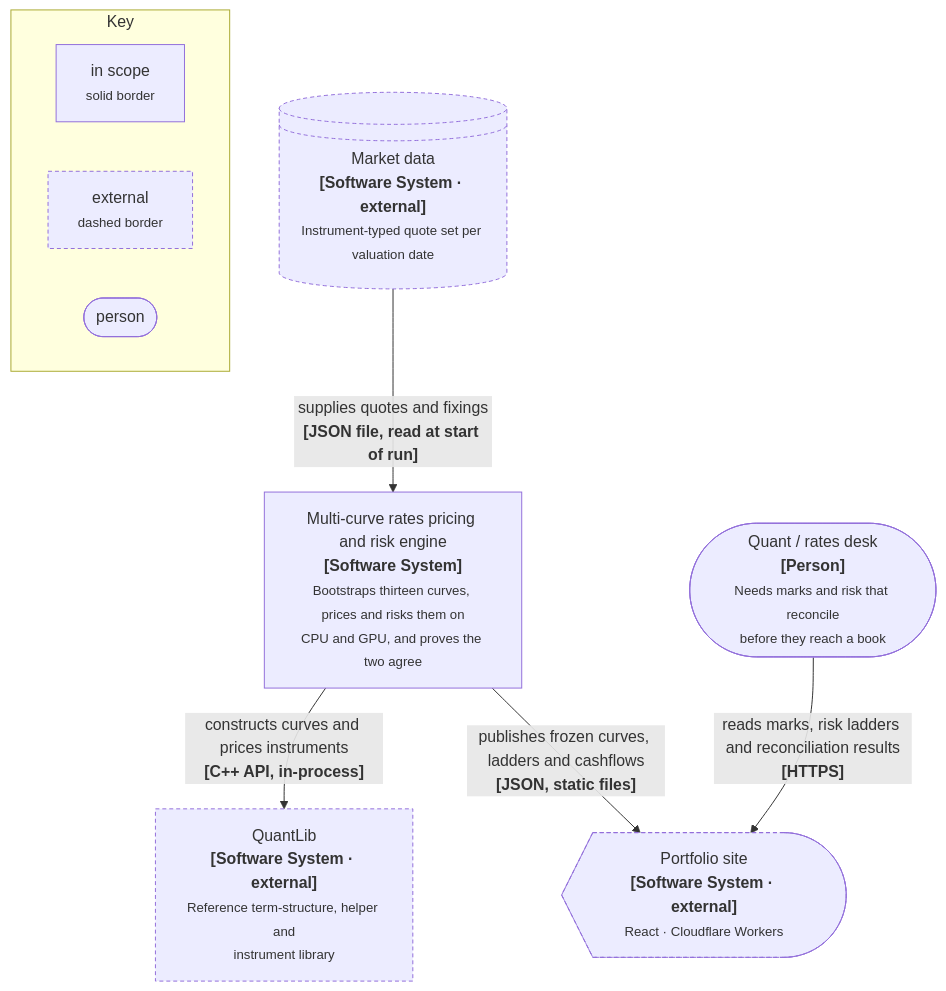
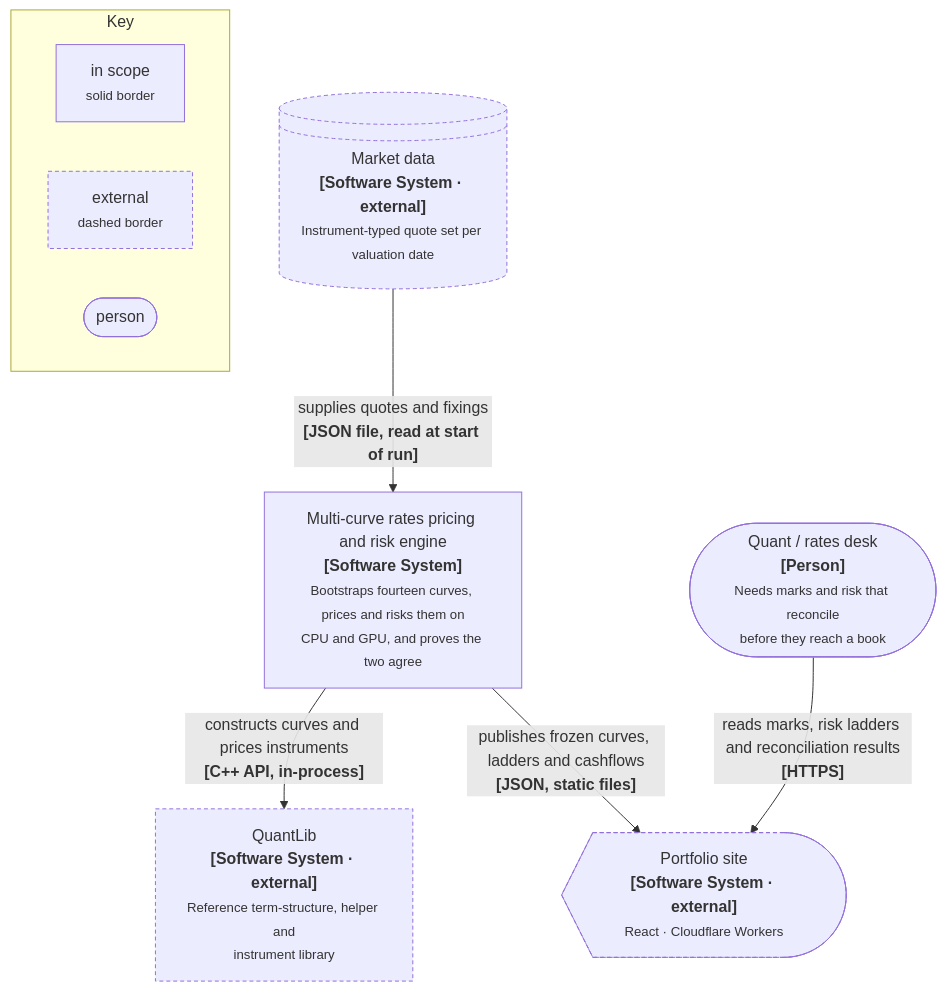
One commit to jrwglover/portfolio changed the diagram in src/components/dashboards/curve_model/diagrams/c4-context.mmd. Above: the diagram before and after it, drawn with Mermaid. The commit also changed 20 other files, not shown here.

```diff
--- a/src/components/dashboards/curve_model/diagrams/c4-context.mmd
+++ b/src/components/dashboards/curve_model/diagrams/c4-context.mmd
@@ -1,27 +1,27 @@
 %% C4 Level 1: System Context.
 %% C4 notation rules followed here: every element carries name, [type], and a
 %% description; every relationship is labelled with intent AND technology.
 flowchart TB
   Q(["Quant / rates desk<br/><b>[Person]</b><br/><small>Needs marks and risk that reconcile<br/>before they reach a book</small>"])
 
-  SYS["Multi-curve rates pricing and risk engine<br/><b>[Software System]</b><br/><small>Bootstraps thirteen curves, prices and risks them on<br/>CPU and GPU, and proves the two agree</small>"]
+  SYS["Multi-curve rates pricing and risk engine<br/><b>[Software System]</b><br/><small>Bootstraps fourteen curves, prices and risks them on<br/>CPU and GPU, and proves the two agree</small>"]
 
   MKT@{ shape: lin-cyl, label: "Market data<br/><b>[Software System · external]</b><br/><small>Instrument-typed quote set per valuation date</small>" }
   QLIB["QuantLib<br/><b>[Software System · external]</b><br/><small>Reference term-structure, helper and<br/>instrument library</small>"]
   SITE@{ shape: curv-trap, label: "Portfolio site<br/><b>[Software System · external]</b><br/><small>React · Cloudflare Workers</small>" }
 
   MKT -->|"supplies quotes and fixings<br/><b>[JSON file, read at start of run]</b>"| SYS
   SYS -->|"constructs curves and prices instruments<br/><b>[C++ API, in-process]</b>"| QLIB
   SYS -->|"publishes frozen curves, ladders and cashflows<br/><b>[JSON, static files]</b>"| SITE
   Q -->|"reads marks, risk ladders and reconciliation results<br/><b>[HTTPS]</b>"| SITE
 
   classDef ext stroke-dasharray:4 3
   class MKT,QLIB,SITE ext
 
   subgraph KEY[" Key "]
     direction LR
     K1["in scope<br/><small>solid border</small>"]
     K2["external<br/><small>dashed border</small>"]
     K3(["person"])
   end
   class K2 ext
```
